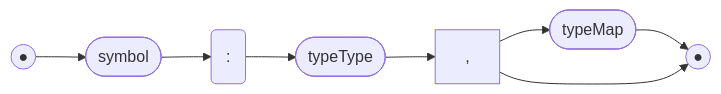
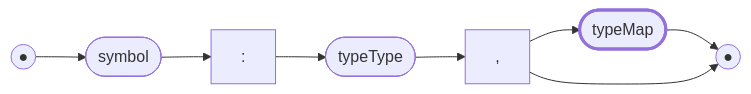
Before and after one commit to billhails/CEKF: diagram 20 of 59 in docs/railroad.md, drawn with Mermaid. The commit also changed other lines of this file, not shown here.

````diff
--- a/docs/railroad.md
+++ b/docs/railroad.md
@@ -317,9 +340,10 @@
 ```mermaid
 flowchart LR
+classDef rec stroke-width:3px;
 s(("●"))
 e(("●"))
-s --> symbol([symbol]) --> colon(":") --> tt([typeType])
+s --> symbol([symbol]) --> colon[":"] --> tt([typeType])
 tt --> comma[","]
-comma --> tm([typeMap]) --> e
+comma --> tm([typeMap]):::rec --> e
 comma --> e
 ```
````
